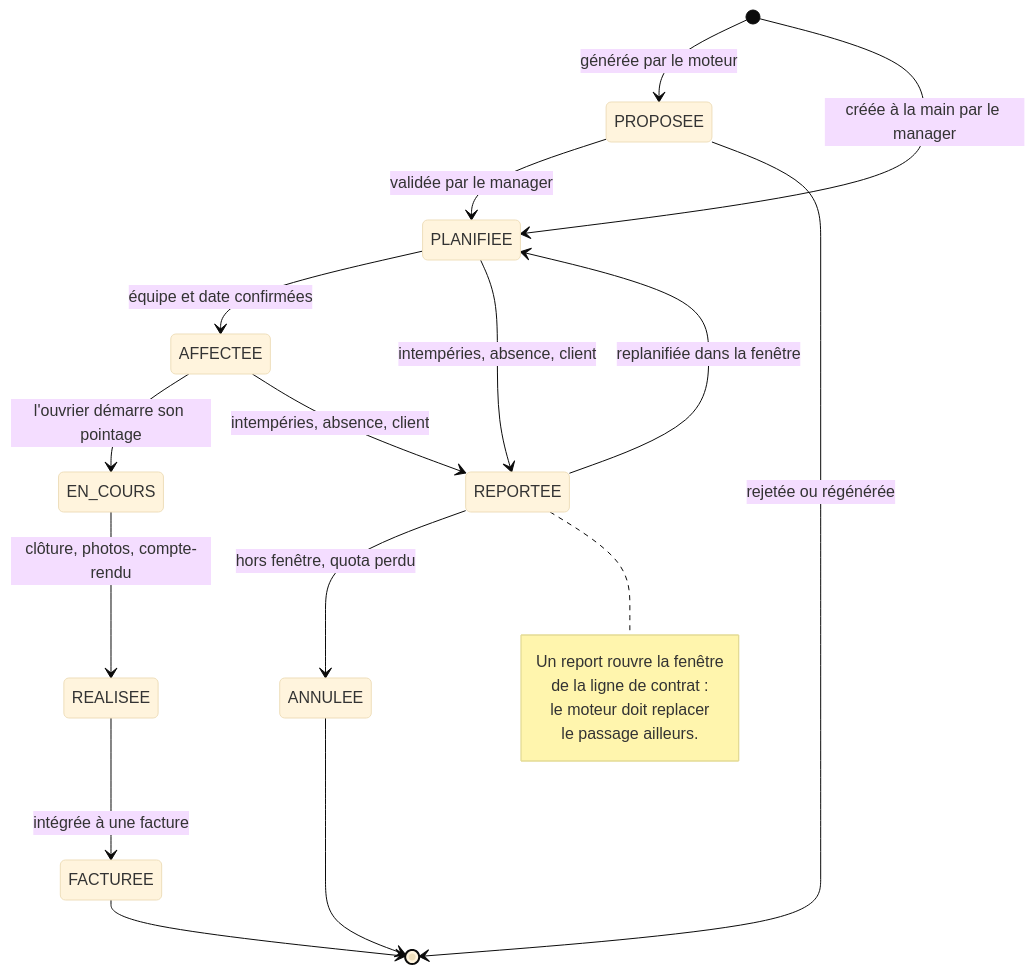
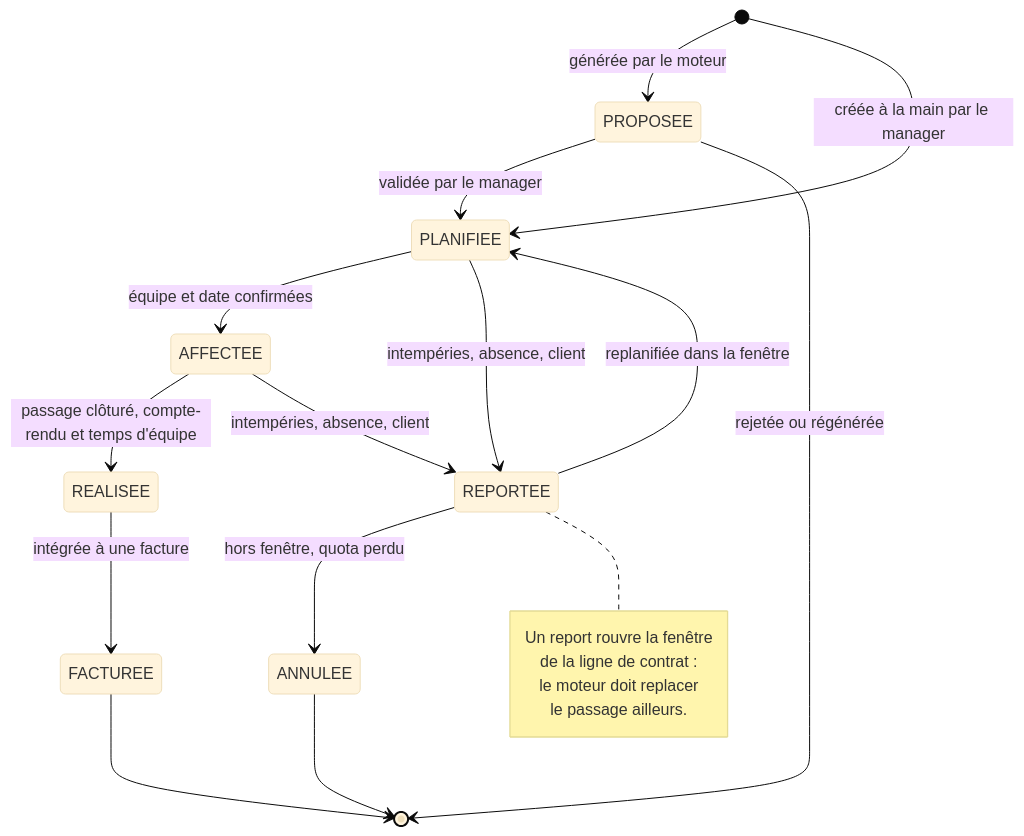
Before and after one commit to sladinji/Planisage: the fifth of 9 diagrams in docs/02-conception-poc.md, drawn with Mermaid (base theme). The commit also changed other lines of this file and 2 other files, not shown here.

````diff
--- a/docs/02-conception-poc.md
+++ b/docs/02-conception-poc.md
@@ -279,28 +337,27 @@
 ```mermaid
 stateDiagram-v2
     [*] --> PROPOSEE : générée par le moteur
     [*] --> PLANIFIEE : créée à la main par le manager
 
     PROPOSEE --> PLANIFIEE : validée par le manager
     PROPOSEE --> [*] : rejetée ou régénérée
 
     PLANIFIEE --> AFFECTEE : équipe et date confirmées
-    AFFECTEE --> EN_COURS : l'ouvrier démarre son pointage
-    EN_COURS --> REALISEE : clôture, photos, compte-rendu
+    AFFECTEE --> REALISEE : passage clôturé, compte-rendu et temps d'équipe
 
     AFFECTEE --> REPORTEE : intempéries, absence, client
     PLANIFIEE --> REPORTEE : intempéries, absence, client
     REPORTEE --> PLANIFIEE : replanifiée dans la fenêtre
     REPORTEE --> ANNULEE : hors fenêtre, quota perdu
 
     REALISEE --> FACTUREE : intégrée à une facture
     FACTUREE --> [*]
     ANNULEE --> [*]
 
     note right of REPORTEE
         Un report rouvre la fenêtre
         de la ligne de contrat :
         le moteur doit replacer
         le passage ailleurs.
     end note
 ```
````
